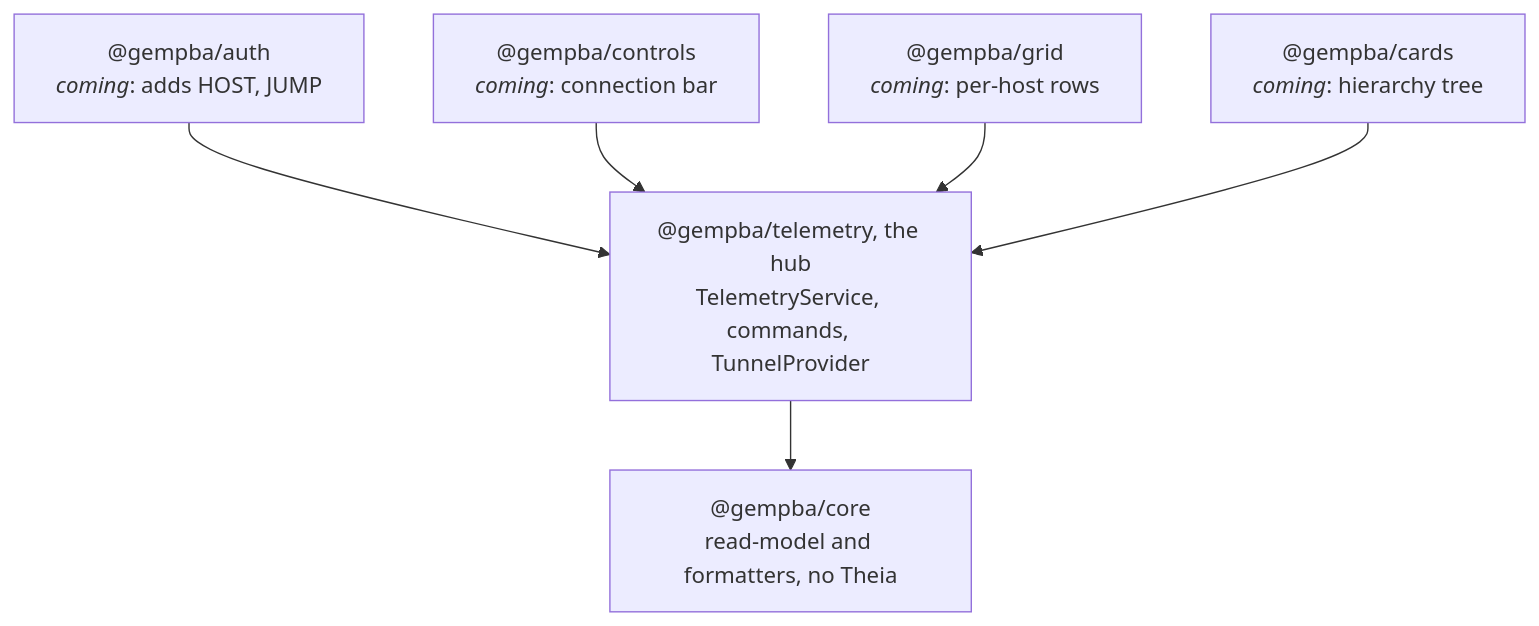
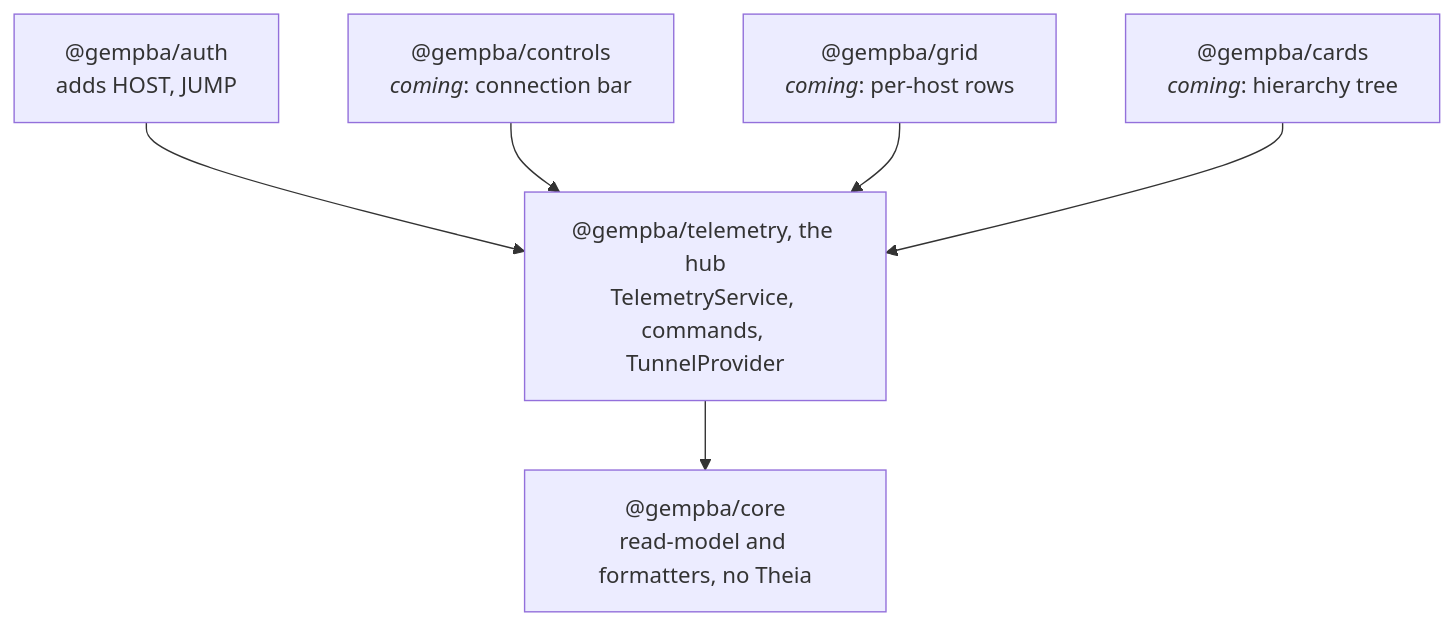
Before and after one commit to rapastranac/gempba-dashboard: the third of 3 diagrams in ARCHITECTURE.md, drawn with Mermaid. The commit also changed other lines of this file, not shown here.

First line of the commit message:
#26 Document the SSH extension in ARCHITECTURE.md

````diff
--- a/ARCHITECTURE.md
+++ b/ARCHITECTURE.md
@@ -120,14 +129,14 @@
 ```mermaid
 flowchart TB
-    auth["@gempba/auth<br/><i>coming</i>: adds HOST, JUMP"]
+    auth["@gempba/auth<br/>adds HOST, JUMP"]
     controls["@gempba/controls<br/><i>coming</i>: connection bar"]
     grid["@gempba/grid<br/><i>coming</i>: per-host rows"]
     cards["@gempba/cards<br/><i>coming</i>: hierarchy tree"]
     telemetry["@gempba/telemetry, the hub<br/>TelemetryService, commands, TunnelProvider"]
     core["@gempba/core<br/>read-model and formatters, no Theia"]
     auth --> telemetry
     controls --> telemetry
     grid --> telemetry
     cards --> telemetry
     telemetry --> core
 ```
````
